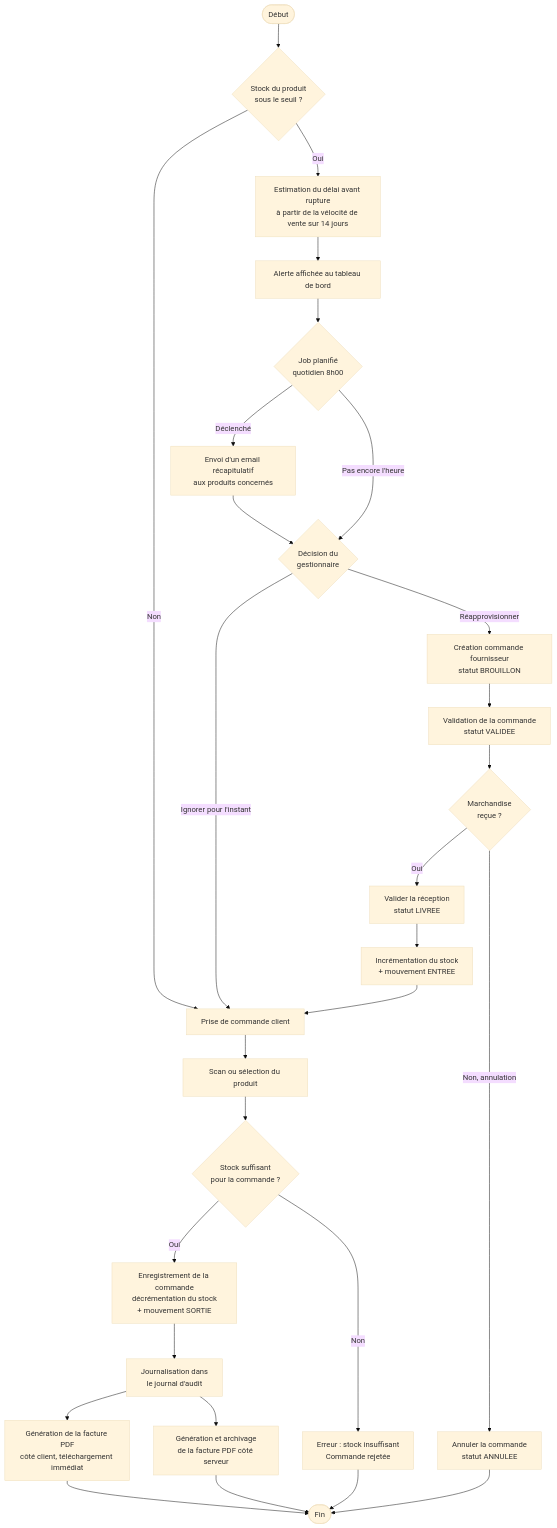
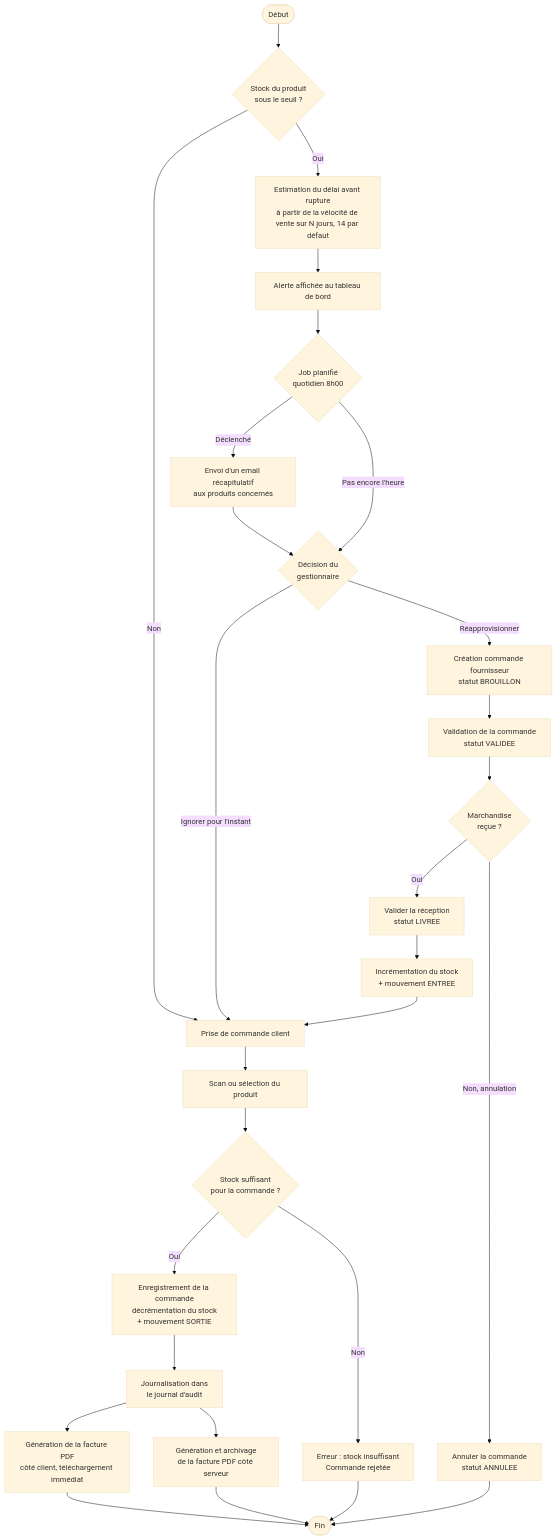
One commit to meitekounaditeguera/GestionCommerciale changed diagram 12 of 12 in docs/documentation-technique.md. Above: the diagram before and after it, drawn with Mermaid (base theme). The commit also changed other lines of this file and 1 other file, not shown here.

Commit message:
docs: documente VELOCITE_FENETRE_JOURS et met à jour le nombre de tests

````diff
--- a/docs/documentation-technique.md
+++ b/docs/documentation-technique.md
@@ -651,35 +653,35 @@
 ```mermaid
 flowchart TD
     START([Début]) --> CHECK{Stock du produit\nsous le seuil ?}
     CHECK -- Non --> VENTE[Prise de commande client]
-    CHECK -- Oui --> ESTIMATION[Estimation du délai avant rupture\nà partir de la vélocité de vente sur 14 jours]
+    CHECK -- Oui --> ESTIMATION[Estimation du délai avant rupture\nà partir de la vélocité de vente sur N jours, 14 par défaut]
     ESTIMATION --> ALERTE[Alerte affichée au tableau de bord]
     ALERTE --> CRON{Job planifié\nquotidien 8h00}
     CRON -- Déclenché --> EMAIL[Envoi d'un email récapitulatif\naux produits concernés]
     EMAIL --> DECISION
     CRON -- Pas encore l'heure --> DECISION{Décision du\ngestionnaire}
 
     DECISION -- Réapprovisionner --> CREATION_CF[Création commande fournisseur\nstatut BROUILLON]
     DECISION -- Ignorer pour l'instant --> VENTE
 
     CREATION_CF --> VALIDATION_CF[Validation de la commande\nstatut VALIDEE]
     VALIDATION_CF --> RECEPTION{Marchandise\nreçue ?}
     RECEPTION -- Oui --> RECEVOIR[Valider la réception\nstatut LIVREE]
     RECEPTION -- Non, annulation --> ANNULER_CF[Annuler la commande\nstatut ANNULEE]
 
     RECEVOIR --> MAJ_STOCK[Incrémentation du stock\n+ mouvement ENTREE]
     MAJ_STOCK --> VENTE
 
     VENTE --> SCAN[Scan ou sélection du produit]
     SCAN --> VERIF_STOCK{Stock suffisant\npour la commande ?}
     VERIF_STOCK -- Non --> ERREUR[Erreur : stock insuffisant\nCommande rejetée]
     VERIF_STOCK -- Oui --> ENREGISTREMENT[Enregistrement de la commande\ndécrémentation du stock\n+ mouvement SORTIE]
 
     ENREGISTREMENT --> AUDIT[Journalisation dans\nle journal d'audit]
     AUDIT --> FACTURE_CLIENT[Génération de la facture PDF\ncôté client, téléchargement immédiat]
     AUDIT --> FACTURE_SERVEUR[Génération et archivage\nde la facture PDF côté serveur]
     FACTURE_CLIENT --> FIN([Fin])
     FACTURE_SERVEUR --> FIN
     ERREUR --> FIN
     ANNULER_CF --> FIN
 ```
````
